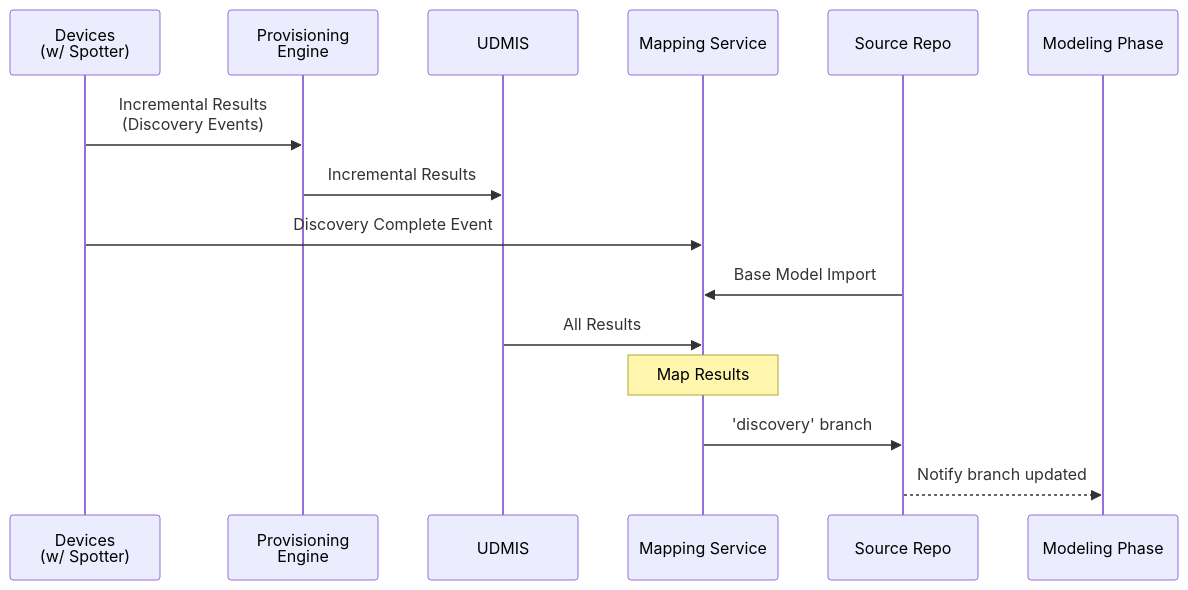
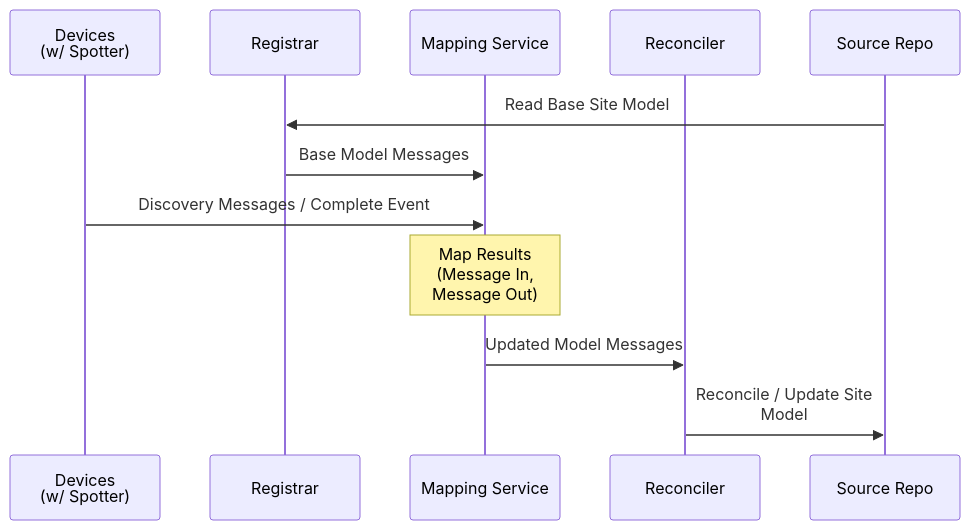
The first of 2 diagrams in docs/specs/mapping.md (faucetsdn/udmi), drawn with Mermaid before and after one commit. The commit also changed other lines of this file and 44 other files, not shown here.

First line of the commit message:
Migrate mapping and discovery to Python Butler

````diff
--- a/docs/specs/mapping.md
+++ b/docs/specs/mapping.md
@@ -25,18 +24,16 @@
 ```mermaid
 sequenceDiagram
   %%{wrap}%%
   participant Devices as Devices<br/>(w/ Spotter)
-  participant Provisioning Engine
-  participant UDMIS
+  participant Registrar
   participant Mapping Service
+  participant Reconciler
   participant Source Repo 
-  participant Modeling Phase
-  Devices->>Provisioning Engine: Incremental Results<br/>(Discovery Events)
-  Provisioning Engine->>UDMIS: Incremental Results
-  Devices->>Mapping Service: Discovery Complete Event
-  Source Repo->>Mapping Service: Base Model Import
-  UDMIS->>Mapping Service: All Results
-  Note over Mapping Service: Map Results
-  Mapping Service->>Source Repo: 'discovery' branch
-  Source Repo-->>Modeling Phase: Notify branch updated
+  
+  Source Repo->>Registrar: Read Base Site Model
+  Registrar->>Mapping Service: Base Model Messages
+  Devices->>Mapping Service: Discovery Messages / Complete Event
+  Note over Mapping Service: Map Results (Message In, Message Out)
+  Mapping Service->>Reconciler: Updated Model Messages
+  Reconciler->>Source Repo: Reconcile / Update Site Model
 ```
````
